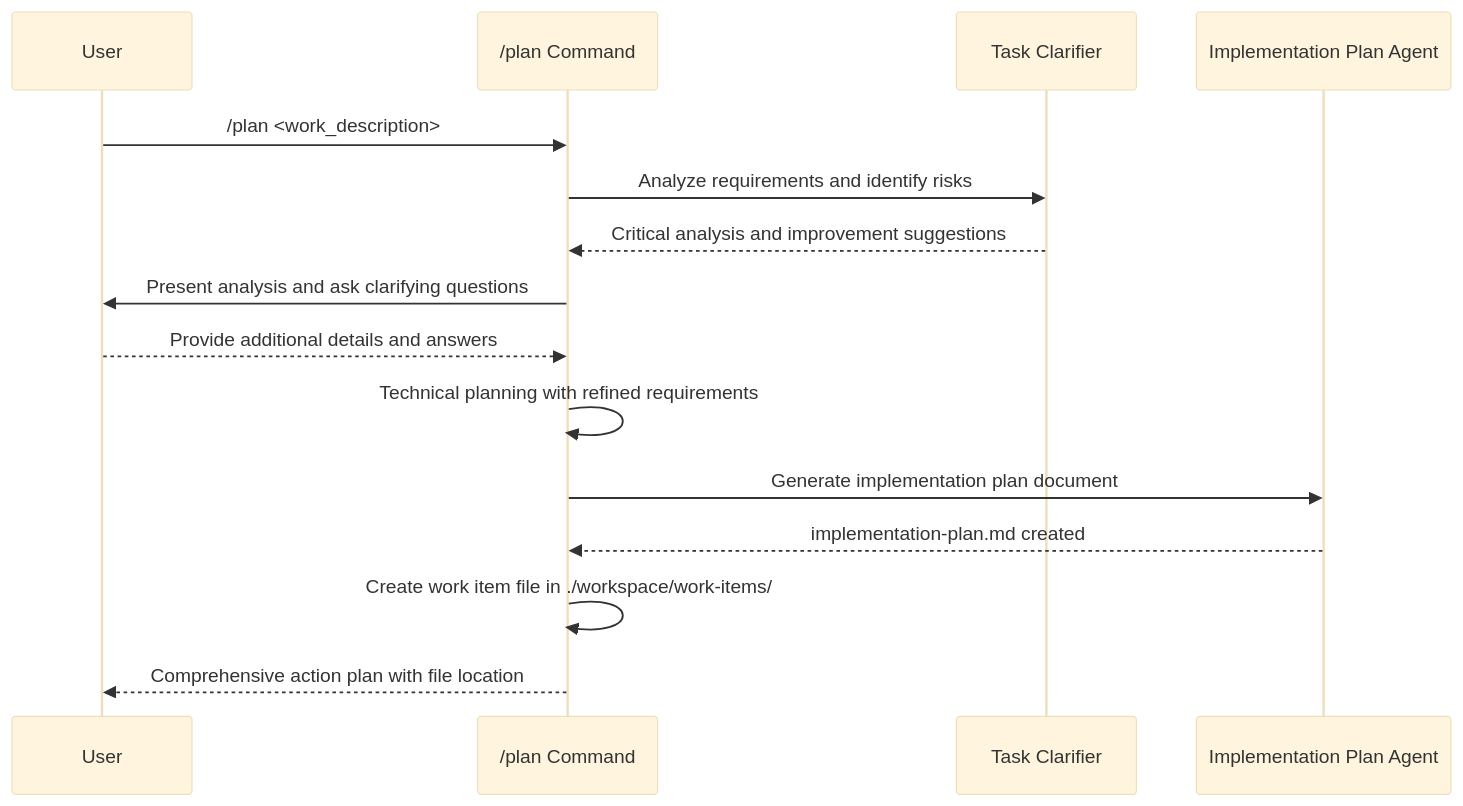
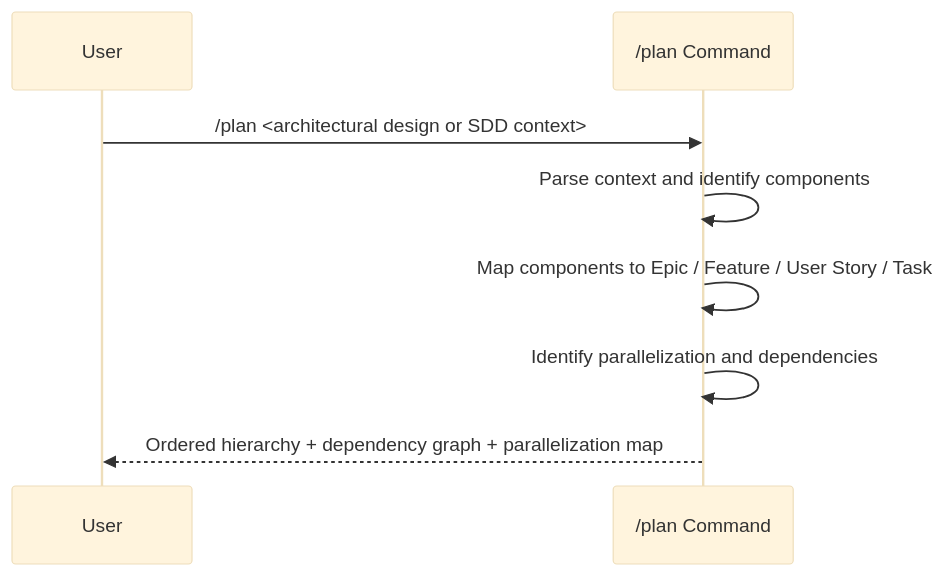
Before and after one commit to zzaia/zzaia-agentic-workspace: the diagram in .claude/commands/management/plan.md, drawn with Mermaid (base theme). The commit also changed other lines of this file and 2 other files, not shown here.

````diff
--- a/.claude/commands/management/plan.md
+++ b/.claude/commands/management/plan.md
@@ -77,22 +42,11 @@
 ```mermaid
 sequenceDiagram
     participant U as User
     participant C as /plan Command
-    participant TC as Task Clarifier
-    participant IP as Implementation Plan Agent
 
-    U->>C: /plan <work_description>
-
-    C->>TC: Analyze requirements and identify risks
-    TC-->>C: Critical analysis and improvement suggestions
-
-    C->>U: Present analysis and ask clarifying questions
-    U-->>C: Provide additional details and answers
-
-    C->>C: Technical planning with refined requirements
-    C->>IP: Generate implementation plan document
-    IP-->>C: implementation-plan.md created
-
-    C->>C: Create work item file in ./workspace/work-items/
-    C-->>U: Comprehensive action plan with file location
+    U->>C: /plan <architectural design or SDD context>
+    C->>C: Parse context and identify components
+    C->>C: Map components to Epic / Feature / User Story / Task
+    C->>C: Identify parallelization and dependencies
+    C-->>U: Ordered hierarchy + dependency graph + parallelization map
 ```
````
